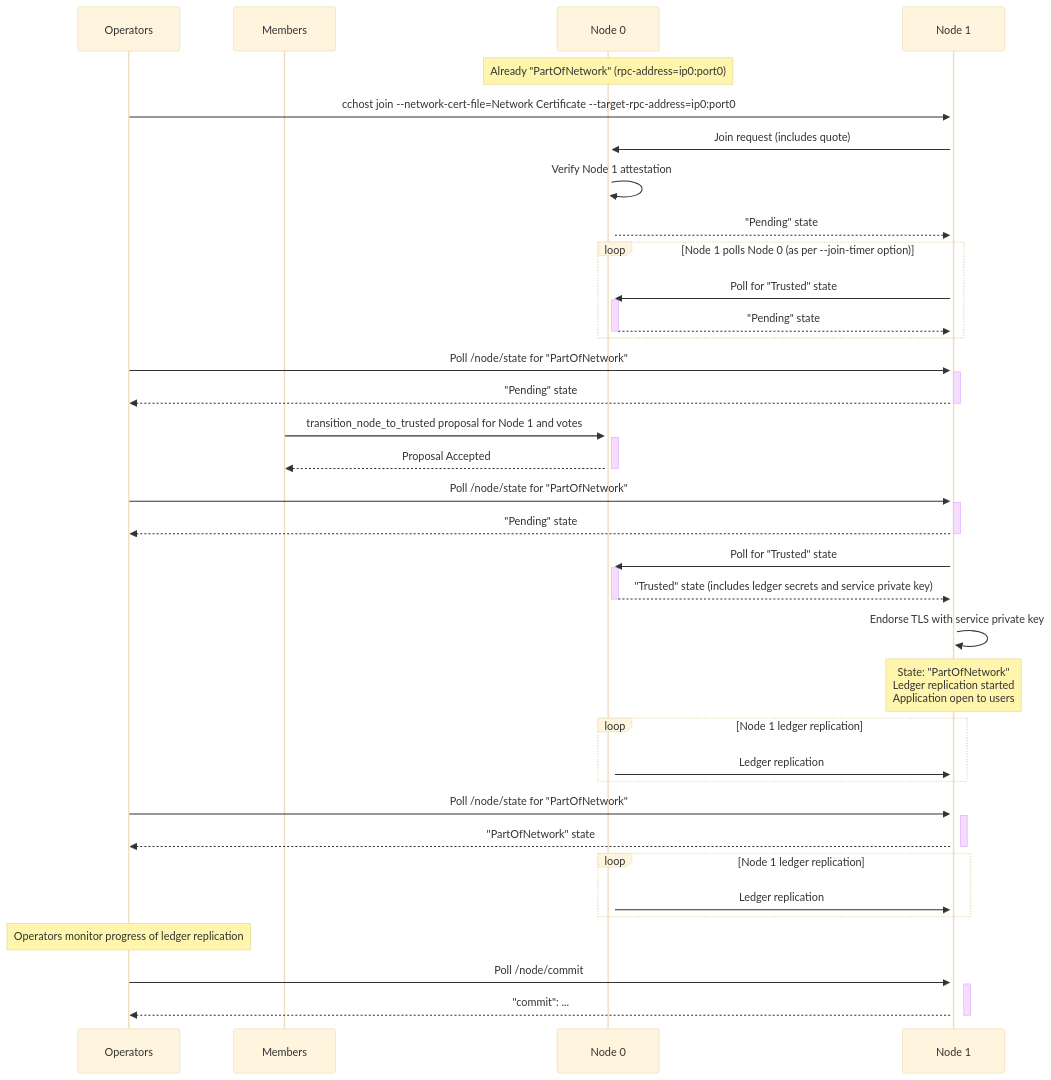
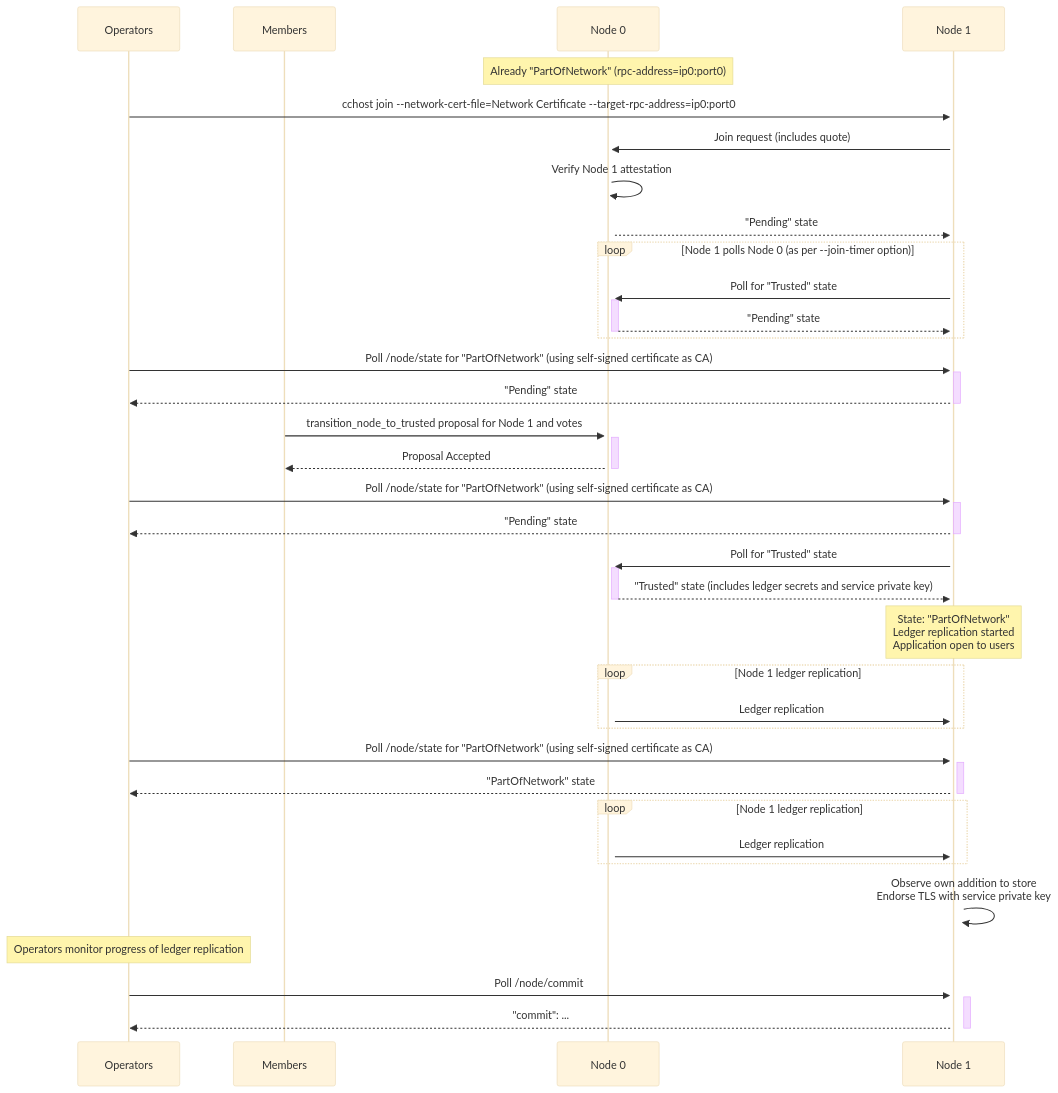
Before and after one commit to microsoft/CCF: the diagram in doc/operations/start_network.rst, drawn with Mermaid (base theme). The commit also changed other lines of this file and 47 other files, not shown here.

Commit message:
Record endorsed node certificate in KV store (#2844)

```diff
--- a/doc/operations/start_network.rst
+++ b/doc/operations/start_network.rst
@@ -85,51 +85,51 @@
 .. mermaid::
 
     sequenceDiagram
         participant Operators
         participant Members
         participant Node 0
         participant Node 1
 
         Note over Node 0: Already "PartOfNetwork" (rpc-address=ip0:port0)
 
         Operators->>+Node 1: cchost join --network-cert-file=Network Certificate --target-rpc-address=ip0:port0
 
         Node 1->>+Node 0: Join request (includes quote)
         Node 0->>+Node 0: Verify Node 1 attestation
         Node 0-->>Node 1: "Pending" state
 
         loop Node 1 polls Node 0 (as per --join-timer option)
             Node 1->>+Node 0: Poll for "Trusted" state
             Node 0-->>-Node 1: "Pending" state
         end
 
-        Operators->>+Node 1: Poll /node/state for "PartOfNetwork"
+        Operators->>+Node 1: Poll /node/state for "PartOfNetwork" (using self-signed certificate as CA)
         Node 1-->>-Operators: "Pending" state
 
         Members->>+Node 0: transition_node_to_trusted proposal for Node 1 and votes
         Node 0-->>-Members: Proposal Accepted
 
-        Operators->>+Node 1: Poll /node/state for "PartOfNetwork"
+        Operators->>+Node 1: Poll /node/state for "PartOfNetwork" (using self-signed certificate as CA)
         Node 1-->>-Operators: "Pending" state
 
         Node 1->>+Node 0: Poll for "Trusted" state
         Node 0-->>-Node 1: "Trusted" state (includes ledger secrets and service private key)
-
-        Node 1->>+Node 1: Endorse TLS with service private key
 
         Note over Node 1: State: "PartOfNetwork" <br/> Ledger replication started <br/> Application open to users
 
         loop Node 1 ledger replication
             Node 0->>+Node 1: Ledger replication
         end
 
-        Operators->>+Node 1: Poll /node/state for "PartOfNetwork"
+        Operators->>+Node 1: Poll /node/state for "PartOfNetwork" (using self-signed certificate as CA)
         Node 1-->>-Operators: "PartOfNetwork" state
 
         loop Node 1 ledger replication
             Node 0->>+Node 1: Ledger replication
         end
 
+        Node 1->>+Node 1: Observe own addition to store <br> Endorse TLS with service private key
+
         Note over Operators: Operators monitor progress of ledger replication
         Operators->>+Node 1: Poll /node/commit
         Node 1-->>-Operators: "commit": ...
```
